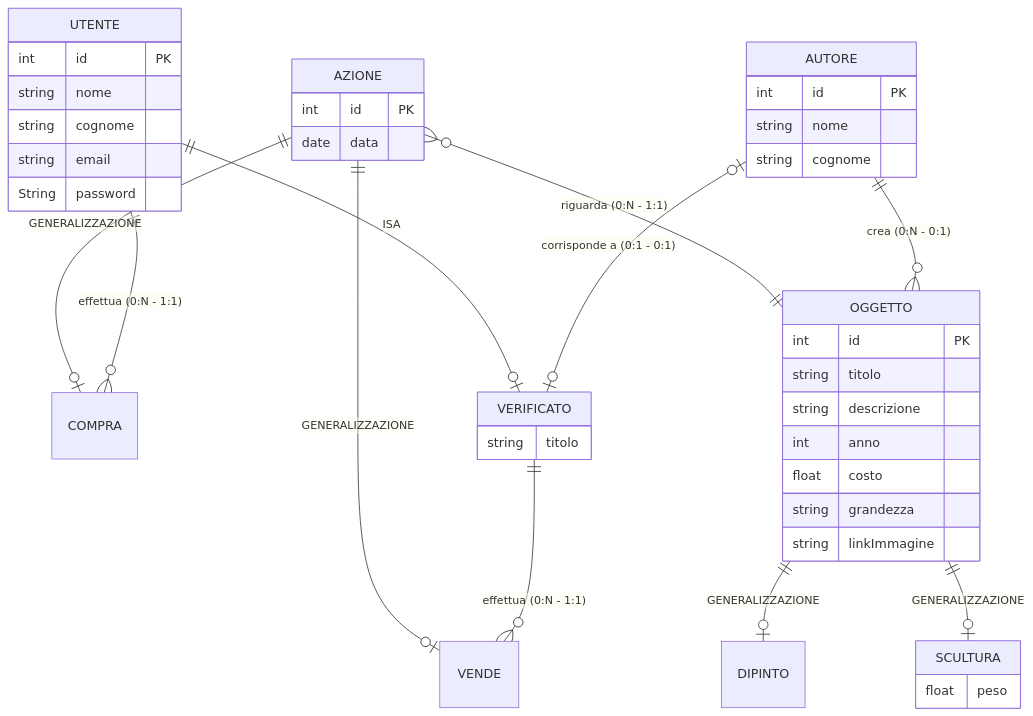
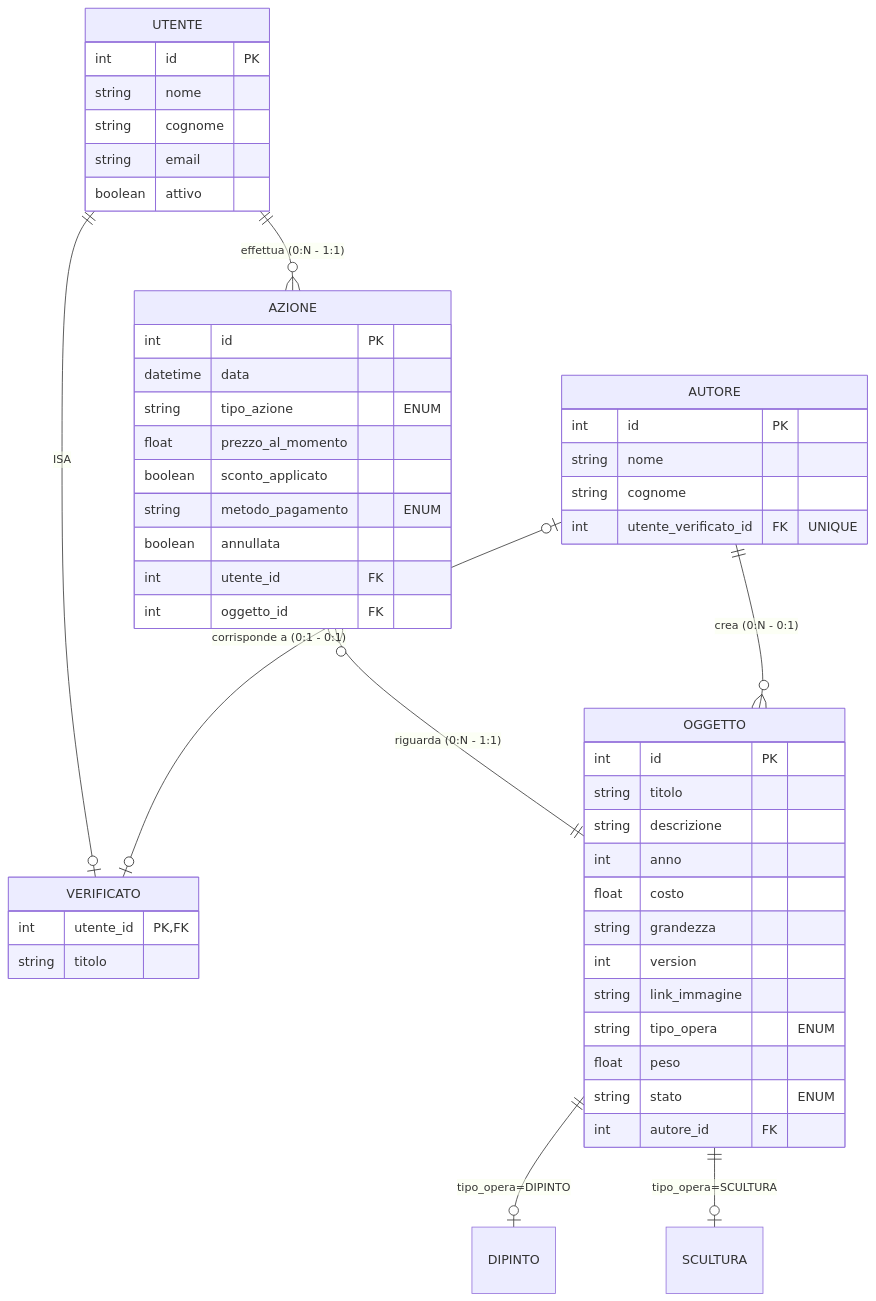
One commit to FRancesco0004/SitoArtePSW-BE changed the diagram in docs/schema-db.md. Above: the diagram before and after it, drawn with Mermaid. The commit also changed 18 other files, not shown here.

````diff
--- a/docs/schema-db.md
+++ b/docs/schema-db.md
@@ -1,52 +1,61 @@
 ```mermaid
 erDiagram
-    AZIONE ||--o| COMPRA : "GENERALIZZAZIONE"
-    AZIONE ||--o| VENDE : "GENERALIZZAZIONE"
     UTENTE ||--o| VERIFICATO : "ISA"
-    OGGETTO ||--o| DIPINTO : "GENERALIZZAZIONE"
-    OGGETTO ||--o| SCULTURA : "GENERALIZZAZIONE"
-
-    UTENTE ||--o{ COMPRA : "effettua (0:N - 1:1)"
-    VERIFICATO ||--o{ VENDE : "effettua (0:N - 1:1)"
+    UTENTE ||--o{ AZIONE : "effettua (0:N - 1:1)"
     AZIONE }o--|| OGGETTO : "riguarda (0:N - 1:1)"
     AUTORE ||--o{ OGGETTO : "crea (0:N - 0:1)"
     AUTORE |o--o| VERIFICATO : "corrisponde a (0:1 - 0:1)"
+
+%% Generalizzazioni logiche (Single Table nel DB)
+    OGGETTO ||--o| DIPINTO : "tipo_opera=DIPINTO"
+    OGGETTO ||--o| SCULTURA : "tipo_opera=SCULTURA"
 
     AUTORE {
         int id PK
         string nome
         string cognome
+        int utente_verificato_id FK "UNIQUE"
     }
     OGGETTO {
         int id PK
         string titolo
         string descrizione
         int anno
         float costo
         string grandezza
-        string linkImmagine
+        int version
+        string link_immagine
+        string tipo_opera "ENUM"
+        float peso
+        string stato "ENUM"
+        int autore_id FK
     }
     SCULTURA {
-        float peso
+    %% Entità logica, dati in OGGETTO
     }
     DIPINTO {
+    %% Entità logica, dati in OGGETTO
     }
     UTENTE {
         int id PK
         string nome
         string cognome
         string email
-        String password
+        boolean attivo
     }
     VERIFICATO {
+        int utente_id PK, FK
         string titolo
     }
     AZIONE {
         int id PK
-        date data
-    }
-    COMPRA {
-    }
-    VENDE {
+        datetime data
+        string tipo_azione "ENUM"
+        float prezzo_al_momento
+        boolean sconto_applicato
+        string metodo_pagamento "ENUM"
+        boolean annullata
+        int utente_id FK
+        int oggetto_id FK
     }
 ```
````
